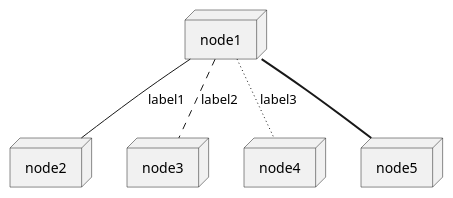
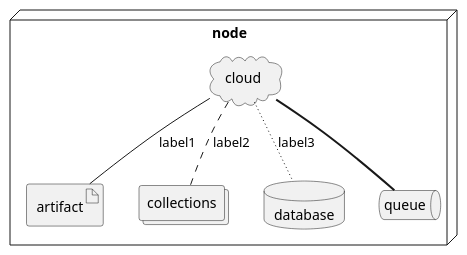
One commit to harcomaase/lsp-gpt changed the diagram in assets/example-deployment.puml. Above: the diagram before and after it, drawn with PlantUML. The commit also changed 3 other files, not shown here.

Commit message:
example diagrams for presentation

```diff
--- a/assets/example-deployment.puml
+++ b/assets/example-deployment.puml
@@ -1,13 +1,16 @@
 @startuml
 
-node node1
-node node2
-node node3
-node node4
-node node5
-node1 -- node2 : label1
-node1 .. node3 : label2
-node1 ~~ node4 : label3
-node1 == node5
+node node {
+  cloud cloud
+  artifact artifact
+  collections collections
+  database database
+  queue queue
+
+  cloud -- artifact : label1
+  cloud .. collections : label2
+  cloud ~~ database : label3
+  cloud == queue
+}
 
 @enduml
```
